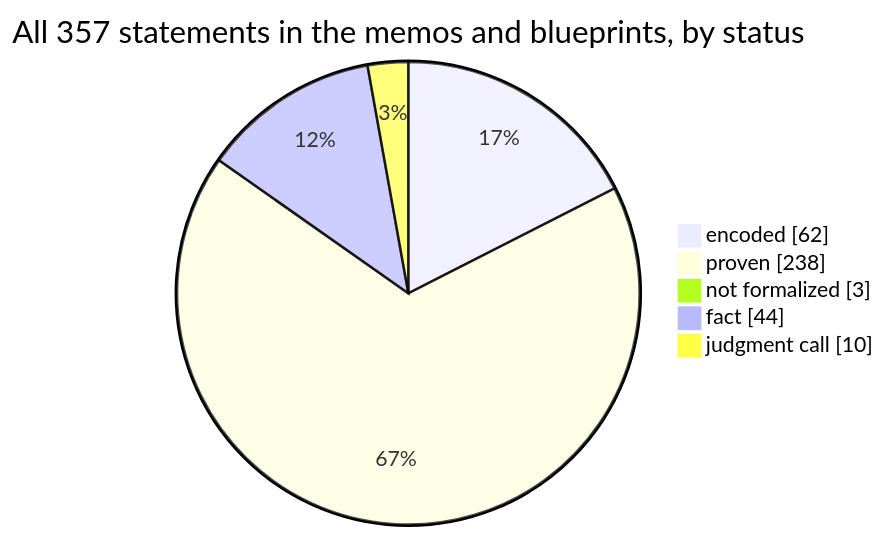
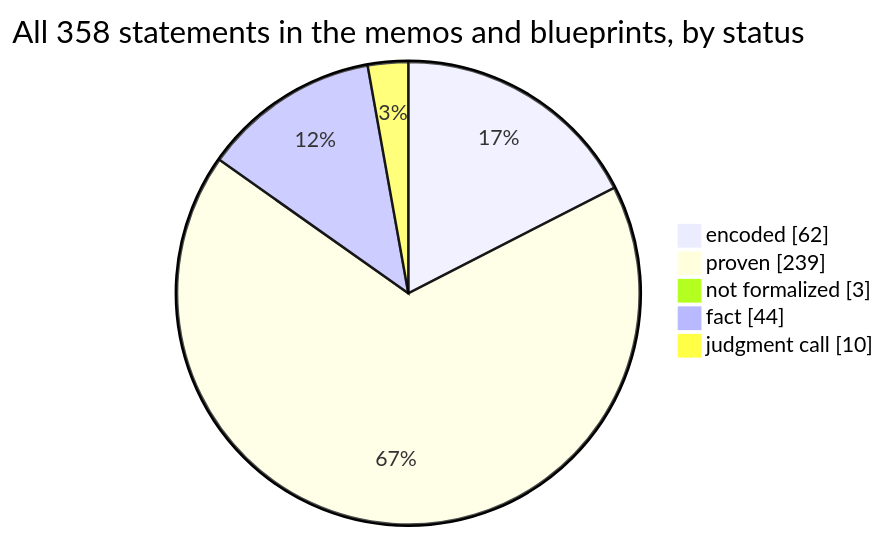
The first of 4 diagrams in docs/graphs/dashboard.md (SeanWMurray/Canteen), drawn with Mermaid before and after one commit. The commit also changed other lines of this file and 14 other files, not shown here.

````diff
--- a/docs/graphs/dashboard.md
+++ b/docs/graphs/dashboard.md
@@ -11,8 +11,8 @@
 ```mermaid
-pie showData title All 357 statements in the memos and blueprints, by status
+pie showData title All 358 statements in the memos and blueprints, by status
     "encoded" : 62
-    "proven" : 238
+    "proven" : 239
     "not formalized" : 3
     "fact" : 44
     "judgment call" : 10
 ```
````
